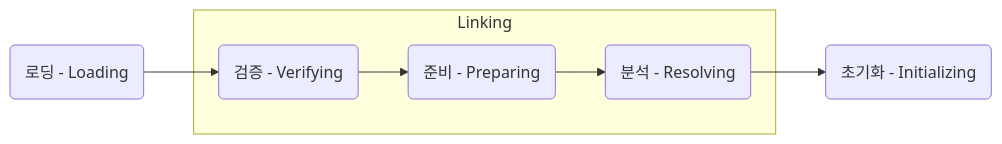
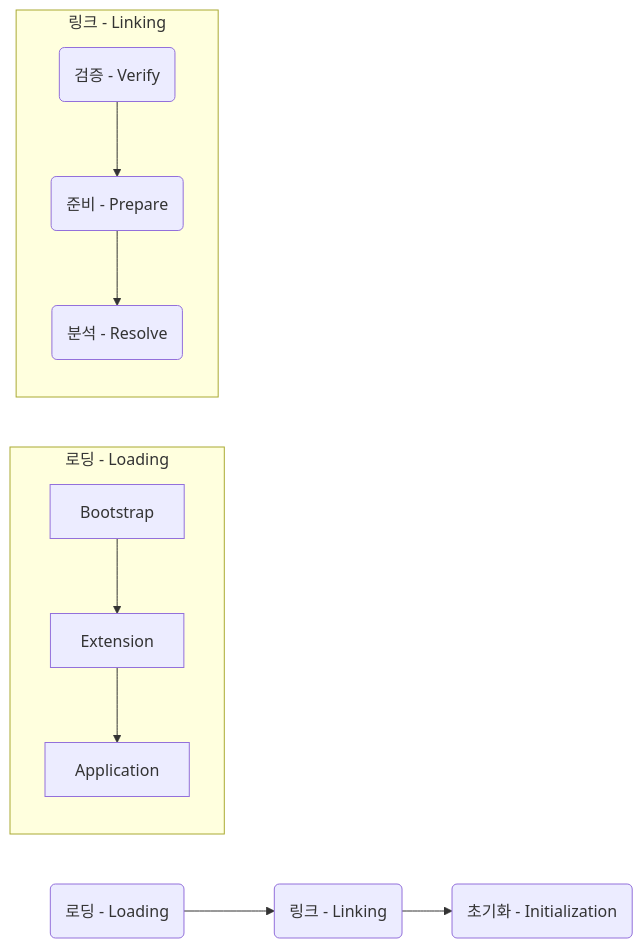
Before and after one commit to moonscoding/note: the second of 2 diagrams in java/JVM/JVM.md, drawn with Mermaid. The commit also changed other lines of this file and 14 other files, not shown here.

````diff
--- a/java/JVM/JVM.md
+++ b/java/JVM/JVM.md
@@ -127,9 +127,15 @@
 ```mermaid
 graph LR
-	A(로딩 - Loading) --> C
-	subgraph Linking
-	C(검증 - Verifying) --> D(준비 - Preparing)
-	D --> E(분석 - Resolving)
+    A(로딩 - Loading) --> G(링크 - Linking)
+	G --> F(초기화 - Initialization)
+	
+	subgraph 로딩 - Loading
+	Bootstrap --> Extension
+	Extension --> Application
 	end
-	E --> F(초기화 - Initializing)
+	
+    subgraph 링크 - Linking
+	C(검증 - Verify) --> D(준비 - Prepare)
+	D --> E(분석 - Resolve)
+	end
 ```
````
